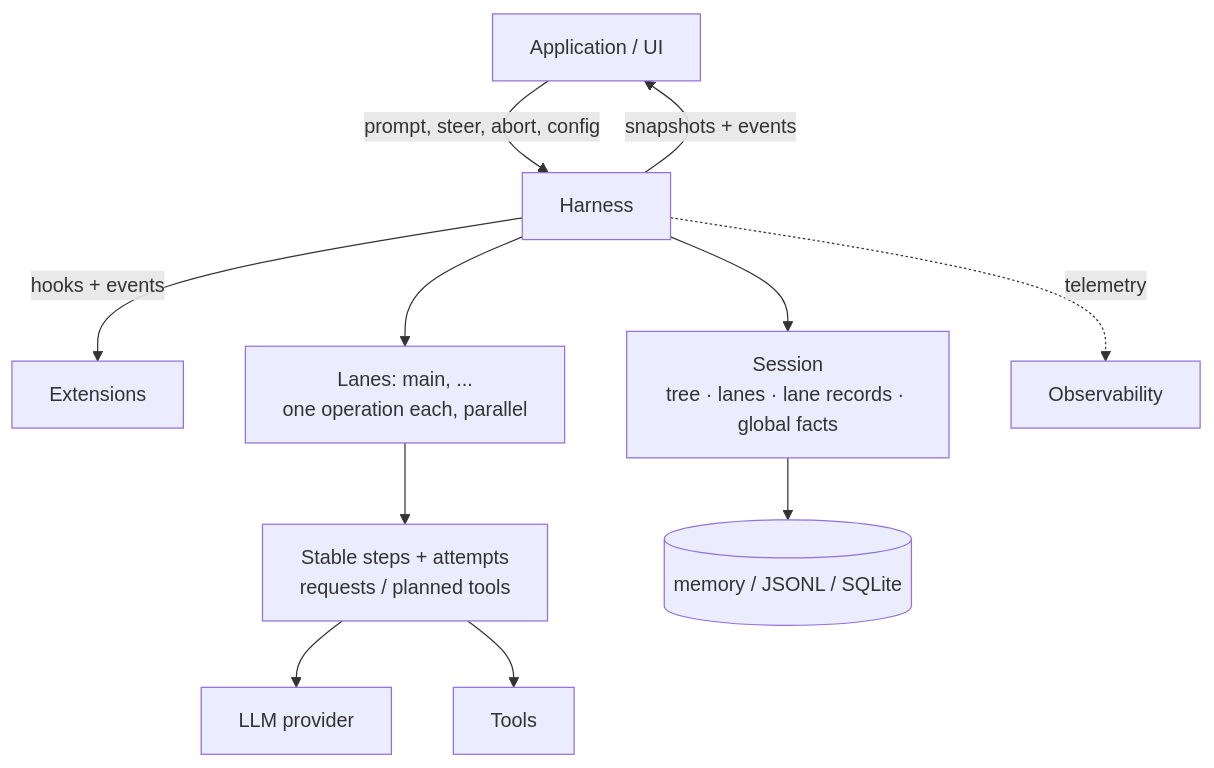
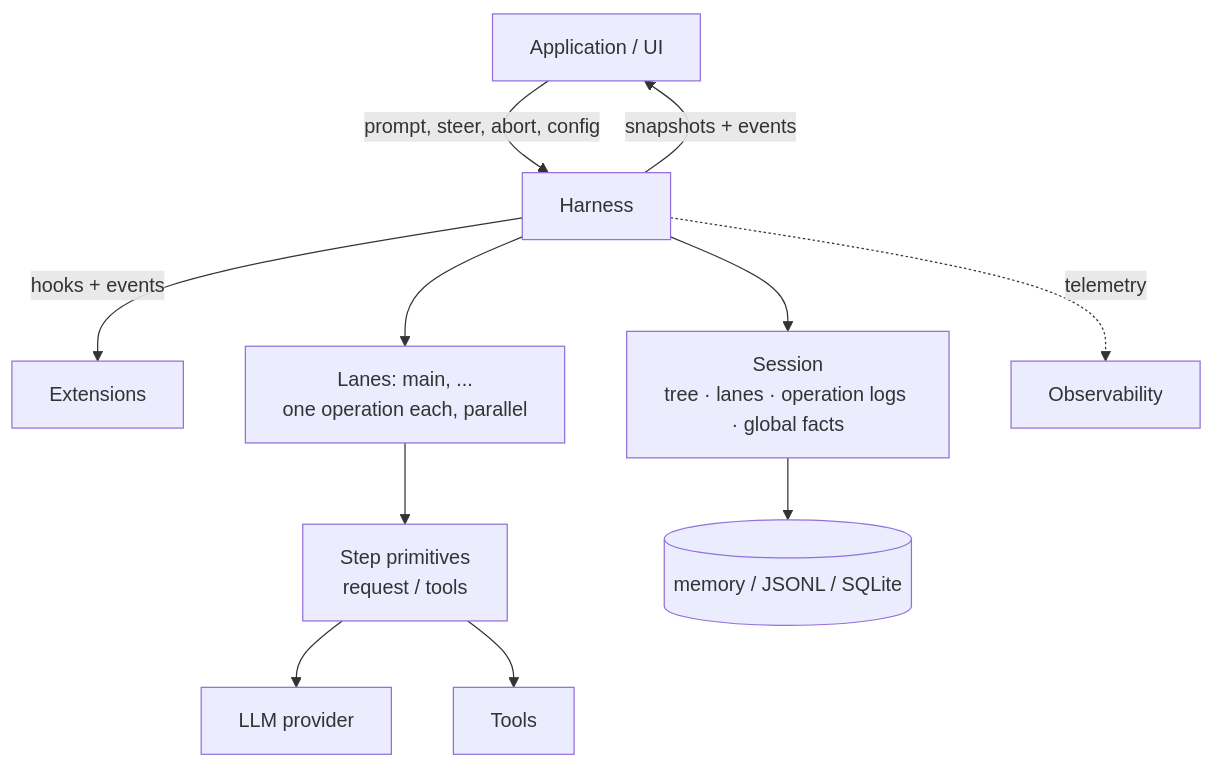
One commit to keeplearning2026/LuckyToken changed the first of 2 diagrams in pi-agent/packages/agent/docs/harness-v2.md. Above: the diagram before and after it, drawn with Mermaid. The commit also changed other lines of this file and 75 other files, not shown here.

````diff
--- a/pi-agent/packages/agent/docs/harness-v2.md
+++ b/pi-agent/packages/agent/docs/harness-v2.md
@@ -5,13 +5,13 @@
 ```mermaid
 flowchart TD
     App[Application / UI] -->|prompt, steer, abort, config| Harness
     Harness -->|snapshots + events| App
     Harness -->|hooks + events| Ext[Extensions]
     Harness --> Lanes[Lanes: main, ...<br/>one operation each, parallel]
-    Lanes --> Loop[Stable steps + attempts<br/>requests / planned tools]
+    Lanes --> Loop[Step primitives<br/>request / tools]
     Loop --> Provider[LLM provider]
     Loop --> Tools[Tools]
-    Harness --> Session[Session<br/>tree · lanes · lane records · global facts]
+    Harness --> Session[Session<br/>tree · lanes · operation logs · global facts]
     Session --> Storage[(memory / JSONL / SQLite)]
     Harness -.->|telemetry| Obs[Observability]
 ```
````
